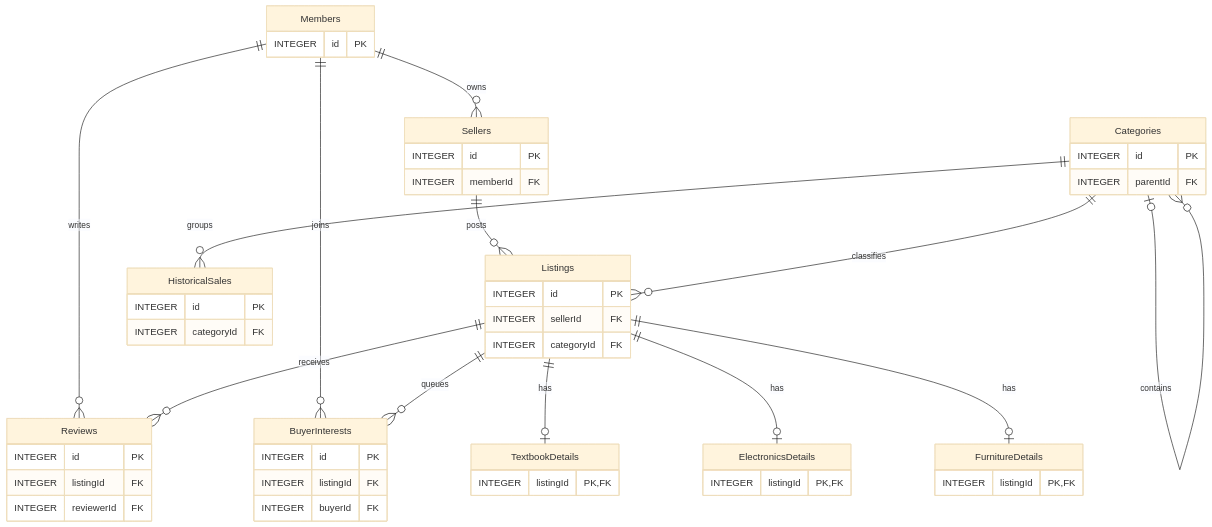
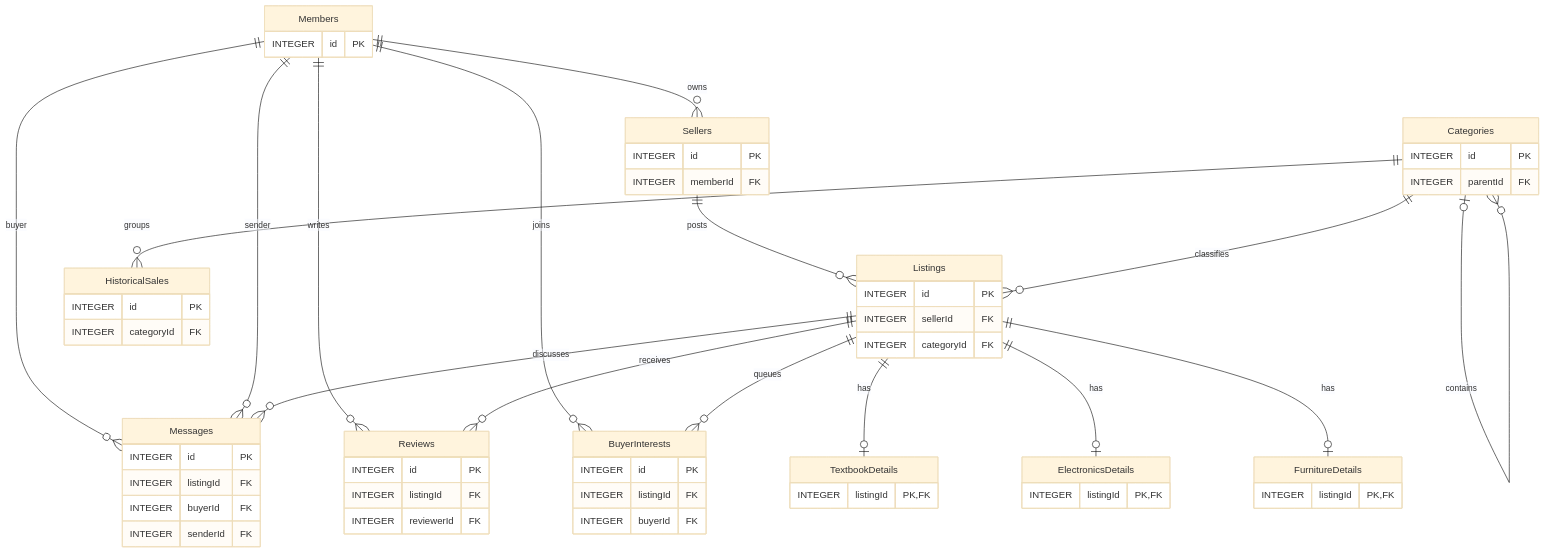
Before and after one commit to XionAce/cpe314-69323-capstone-team-01: the second of 6 diagrams in docs/design-document.md, drawn with Mermaid (base theme). The commit also changed other lines of this file and 8 other files, not shown here.

````diff
--- a/docs/design-document.md
+++ b/docs/design-document.md
@@ -253,54 +263,63 @@
 ```mermaid
 erDiagram
     Members {
         INTEGER id PK
     }
     Sellers {
         INTEGER id PK
         INTEGER memberId FK
     }
     Listings {
         INTEGER id PK
         INTEGER sellerId FK
         INTEGER categoryId FK
     }
     Reviews {
         INTEGER id PK
         INTEGER listingId FK
         INTEGER reviewerId FK
     }
     BuyerInterests {
         INTEGER id PK
         INTEGER listingId FK
         INTEGER buyerId FK
     }
     Categories {
         INTEGER id PK
         INTEGER parentId FK
     }
     HistoricalSales {
         INTEGER id PK
         INTEGER categoryId FK
     }
     TextbookDetails {
         INTEGER listingId PK,FK
     }
     ElectronicsDetails {
         INTEGER listingId PK,FK
     }
     FurnitureDetails {
         INTEGER listingId PK,FK
     }
+    Messages {
+        INTEGER id PK
+        INTEGER listingId FK
+        INTEGER buyerId FK
+        INTEGER senderId FK
+    }
+    Members ||--o{ Messages : buyer
+    Members ||--o{ Messages : sender
+    Listings ||--o{ Messages : discusses
     Members ||--o{ Sellers : owns
     Members ||--o{ Reviews : writes
     Members ||--o{ BuyerInterests : joins
     Sellers ||--o{ Listings : posts
     Categories o|--o{ Categories : contains
     Categories ||--o{ Listings : classifies
     Categories ||--o{ HistoricalSales : groups
     Listings ||--o{ Reviews : receives
     Listings ||--o{ BuyerInterests : queues
     Listings ||--o| TextbookDetails : has
     Listings ||--o| ElectronicsDetails : has
     Listings ||--o| FurnitureDetails : has
 ```
````
